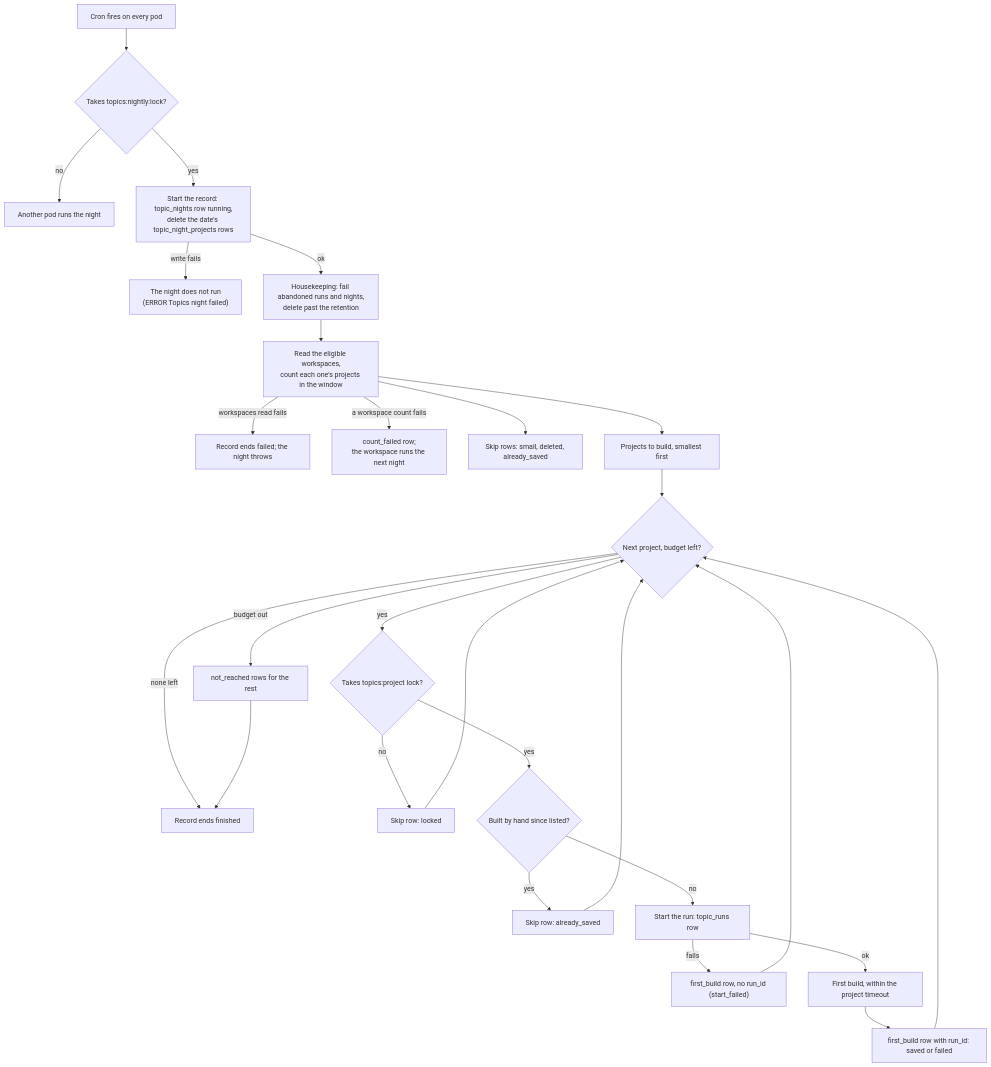
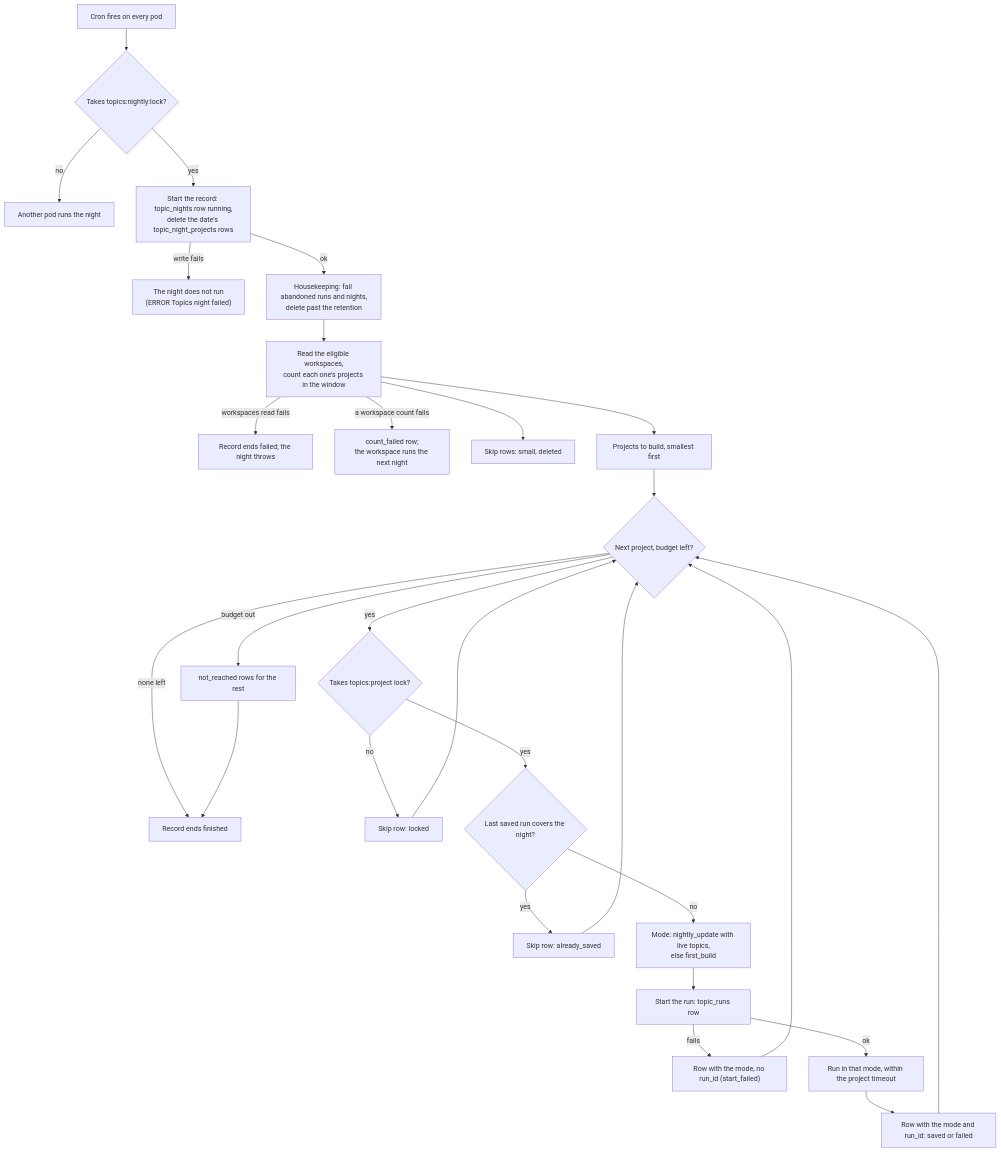
The diagram in apps/opik-backend/docs/ai-labels-runbook.md (comet-ml/opik), drawn with Mermaid before and after one commit.

Commit message:
[OPIK-8988] [BE] docs(topics): night flow with the nightly update

````diff
--- a/apps/opik-backend/docs/ai-labels-runbook.md
+++ b/apps/opik-backend/docs/ai-labels-runbook.md
@@ -344,29 +344,30 @@
 ```mermaid
 flowchart TD
     A["Cron fires on every pod"] --> B{"Takes topics:nightly:lock?"}
     B -->|no| B1["Another pod runs the night"]
     B -->|yes| C["Start the record: topic_nights row running,<br/>delete the date's topic_night_projects rows"]
     C -->|write fails| C1["The night does not run<br/>(ERROR Topics night failed)"]
     C -->|ok| D["Housekeeping: fail abandoned runs and nights,<br/>delete past the retention"]
     D --> E["Read the eligible workspaces,<br/>count each one's projects in the window"]
     E -->|workspaces read fails| E1["Record ends failed; the night throws"]
     E -->|a workspace count fails| E2["count_failed row;<br/>the workspace runs the next night"]
-    E --> F["Skip rows: small, deleted, already_saved"]
+    E --> F["Skip rows: small, deleted"]
     E --> G["Projects to build, smallest first"]
     G --> H{"Next project, budget left?"}
     H -->|budget out| H1["not_reached rows for the rest"]
     H -->|none left| M["Record ends finished"]
     H1 --> M
     H -->|yes| I{"Takes topics:project lock?"}
     I -->|no| I1["Skip row: locked"]
-    I -->|yes| I2{"Built by hand since listed?"}
+    I -->|yes| I2{"Last saved run covers the night?"}
     I2 -->|yes| I3["Skip row: already_saved"]
-    I2 -->|no| J["Start the run: topic_runs row"]
-    J -->|fails| J1["first_build row, no run_id (start_failed)"]
-    J -->|ok| K["First build, within the project timeout"]
-    K --> L["first_build row with run_id: saved or failed"]
+    I2 -->|no| N["Mode: nightly_update with live topics,<br/>else first_build"]
+    N --> J["Start the run: topic_runs row"]
+    J -->|fails| J1["Row with the mode, no run_id (start_failed)"]
+    J -->|ok| K["Run in that mode, within the project timeout"]
+    K --> L["Row with the mode and run_id: saved or failed"]
     L --> H
     I1 --> H
     I3 --> H
     J1 --> H
 ```
````
